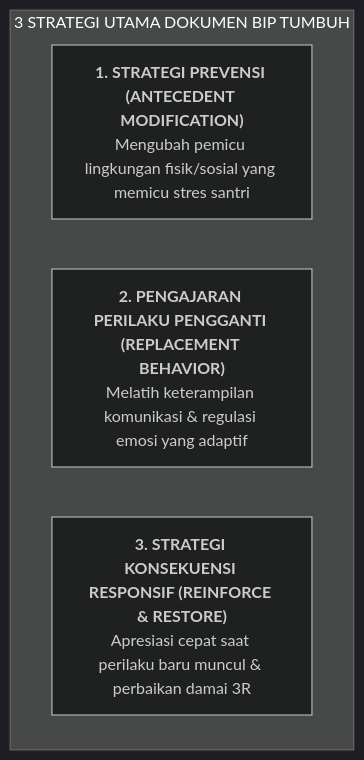
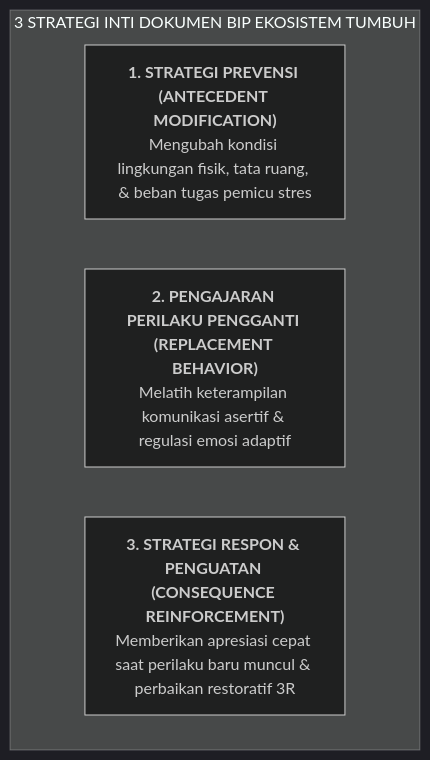
One commit to wandiapriliyandi/tumbuh changed the diagram in BOOK Series 2/Volume-04-Intervensi-PBIS-dan-Disiplin-Restoratif/Bab-04-Intervensi-Tier-3-FBA-dan-BIP/03-Desain-Rencana-Intervensi-BIP.md. Above: the diagram before and after it, drawn with Mermaid (dark theme). The commit also changed other lines of this file and 61 other files, not shown here.

````diff
--- a/BOOK Series 2/Volume-04-Intervensi-PBIS-dan-Disiplin-Restoratif/Bab-04-Intervensi-Tier-3-FBA-dan-BIP/03-Desain-Rencana-Intervensi-BIP.md
+++ b/BOOK Series 2/Volume-04-Intervensi-PBIS-dan-Disiplin-Restoratif/Bab-04-Intervensi-Tier-3-FBA-dan-BIP/03-Desain-Rencana-Intervensi-BIP.md
@@ -11,8 +11,10 @@
 ```mermaid
 flowchart TD
-    subgraph TigaStrategiBIP["3 STRATEGI UTAMA DOKUMEN BIP TUMBUH"]
-        S1["<b>1. STRATEGI PREVENSI (ANTECEDENT MODIFICATION)</b><br/>Mengubah pemicu lingkungan fisik/sosial yang memicu stres santri"]
-        S2["<b>2. PENGAJARAN PERILAKU PENGGANTI (REPLACEMENT BEHAVIOR)</b><br/>Melatih keterampilan komunikasi & regulasi emosi yang adaptif"]
-        S3["<b>3. STRATEGI KONSEKUENSI RESPONSIF (REINFORCE & RESTORE)</b><br/>Apresiasi cepat saat perilaku baru muncul & perbaikan damai 3R"]
+    subgraph TigaStrategiBIP["3 STRATEGI INTI DOKUMEN BIP EKOSISTEM TUMBUH"]
+        S1["<b>1. STRATEGI PREVENSI (ANTECEDENT MODIFICATION)</b><br/>Mengubah kondisi lingkungan fisik, tata ruang, & beban tugas pemicu stres"]
+        
+        S2["<b>2. PENGAJARAN PERILAKU PENGGANTI (REPLACEMENT BEHAVIOR)</b><br/>Melatih keterampilan komunikasi asertif & regulasi emosi adaptif"]
+        
+        S3["<b>3. STRATEGI RESPON & PENGUATAN (CONSEQUENCE REINFORCEMENT)</b><br/>Memberikan apresiasi cepat saat perilaku baru muncul & perbaikan restoratif 3R"]
     end
 ```
````
